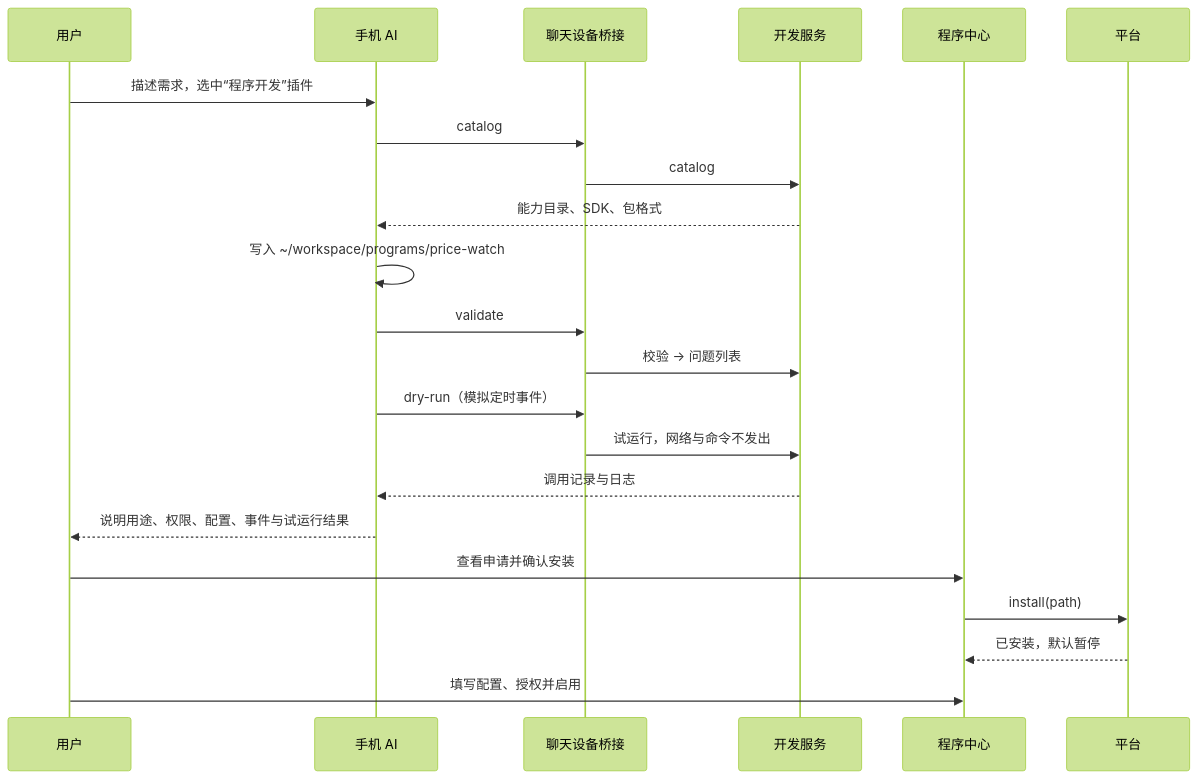
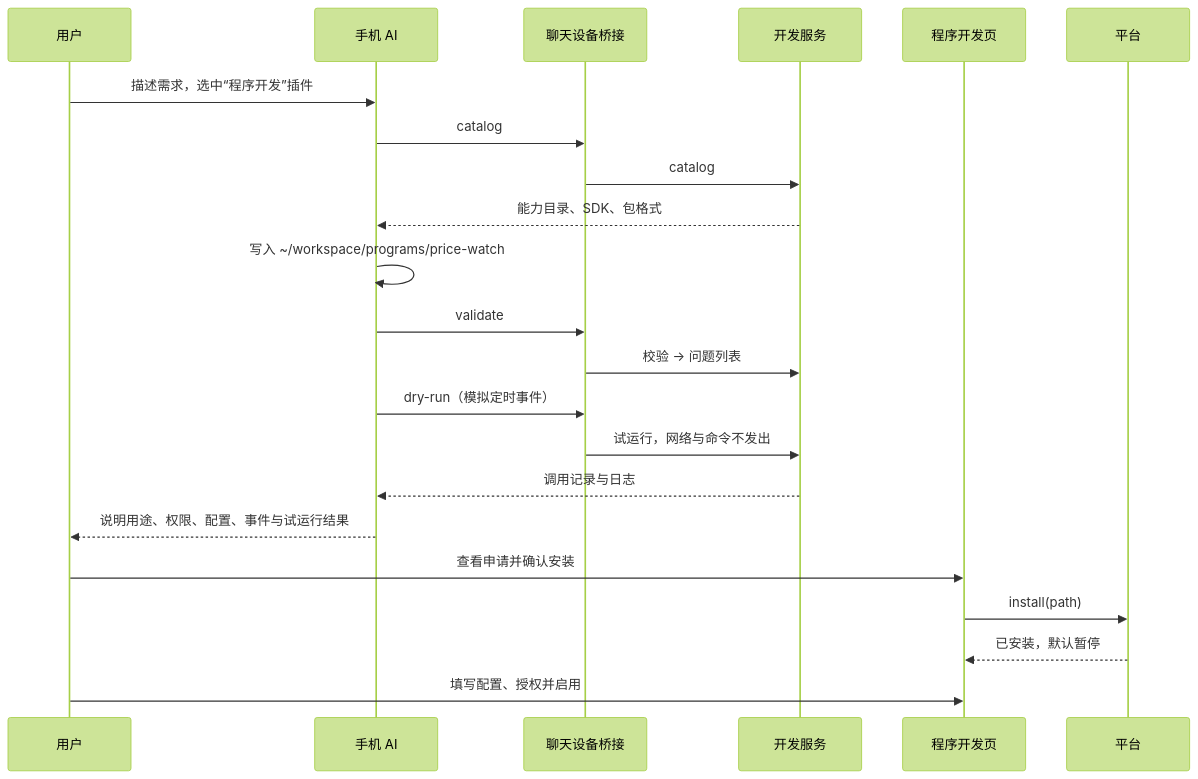
One commit to ytlog/mobby changed the third of 4 diagrams in docs/design/program-platform-architecture.md. Above: the diagram before and after it, drawn with Mermaid (forest theme). The commit also changed other lines of this file and 12 other files, not shown here.

````diff
--- a/docs/design/program-platform-architecture.md
+++ b/docs/design/program-platform-architecture.md
@@ -537,24 +539,24 @@
 ```mermaid
 sequenceDiagram
     participant U as 用户
     participant A as 手机 AI
     participant B as 聊天设备桥接
     participant D as 开发服务
-    participant C as 程序中心
+    participant C as 程序开发页
     participant P as 平台
     U->>A: 描述需求，选中“程序开发”插件
     A->>B: catalog
     B->>D: catalog
     D-->>A: 能力目录、SDK、包格式
     A->>A: 写入 ~/workspace/programs/price-watch
     A->>B: validate
     B->>D: 校验 → 问题列表
     A->>B: dry-run（模拟定时事件）
     B->>D: 试运行，网络与命令不发出
     D-->>A: 调用记录与日志
     A-->>U: 说明用途、权限、配置、事件与试运行结果
     U->>C: 查看申请并确认安装
     C->>P: install(path)
     P-->>C: 已安装，默认暂停
     U->>C: 填写配置、授权并启用
 ```
````
